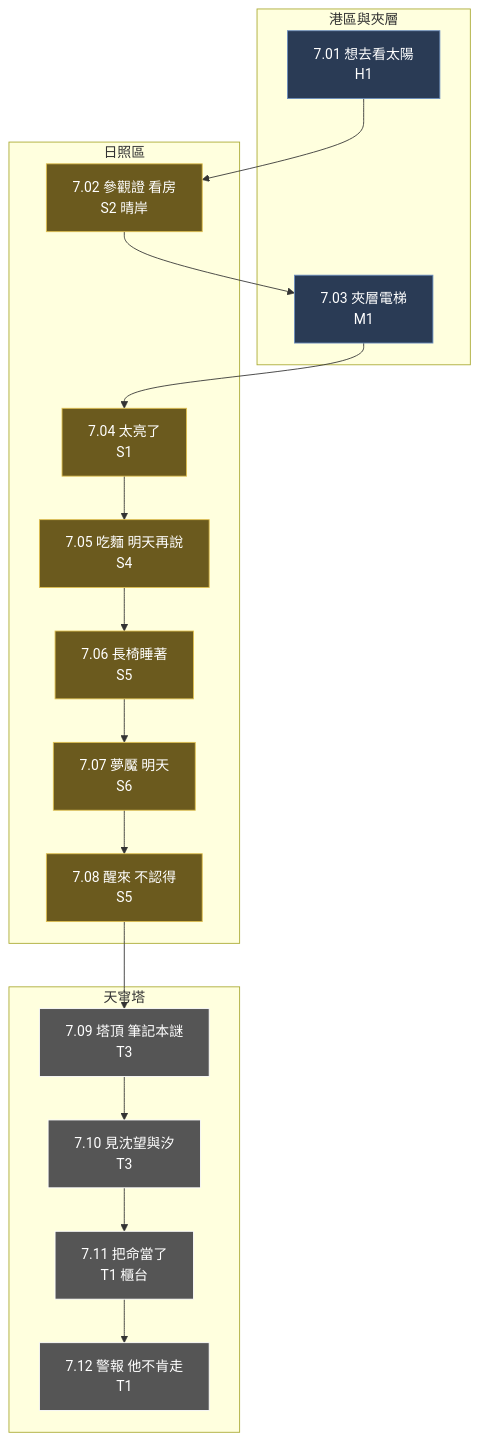
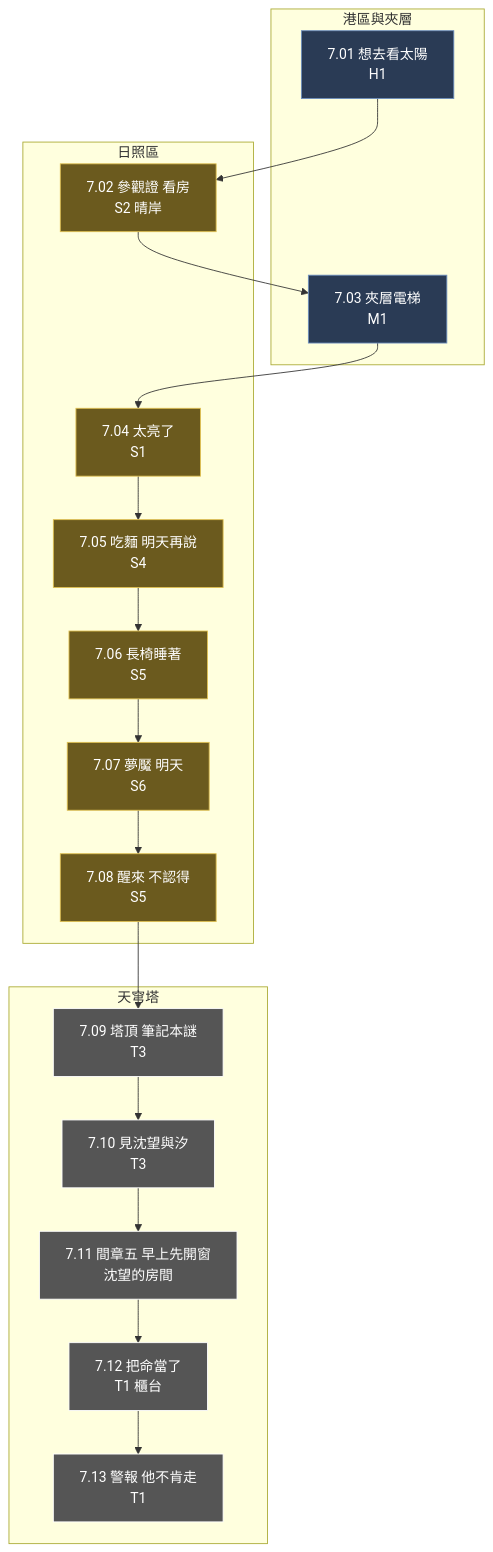
Before and after one commit to deadline314/Nest-Egg: the eighth of 10 diagrams in design/13-story-v2/EVENTS.md, drawn with Mermaid. The commit also changed other lines of this file and 11 other files, not shown here.

````diff
--- a/design/13-story-v2/EVENTS.md
+++ b/design/13-story-v2/EVENTS.md
@@ -317,29 +318,30 @@
 ```mermaid
 flowchart TB
   subgraph H["港區與夾層"]
     E701["7.01 想去看太陽<br/>H1"]
     E703["7.03 夾層電梯<br/>M1"]
   end
   subgraph S["日照區"]
     E702["7.02 參觀證 看房<br/>S2 晴岸"]
     E704["7.04 太亮了<br/>S1"]
     E705["7.05 吃麵 明天再說<br/>S4"]
     E706["7.06 長椅睡著<br/>S5"]
     E707["7.07 夢魘 明天<br/>S6"]
     E708["7.08 醒來 不認得<br/>S5"]
   end
   subgraph T["天穹塔"]
     E709["7.09 塔頂 筆記本謎<br/>T3"]
     E710["7.10 見沈望與汐<br/>T3"]
-    E711["7.11 把命當了<br/>T1 櫃台"]
-    E712["7.12 警報 他不肯走<br/>T1"]
+    E711["7.11 間章五 早上先開窗<br/>沈望的房間"]
+    E712["7.12 把命當了<br/>T1 櫃台"]
+    E713["7.13 警報 他不肯走<br/>T1"]
   end
-  E701 --> E702 --> E703 --> E704 --> E705 --> E706 --> E707 --> E708 --> E709 --> E710 --> E711 --> E712
+  E701 --> E702 --> E703 --> E704 --> E705 --> E706 --> E707 --> E708 --> E709 --> E710 --> E711 --> E712 --> E713
   class E701,E703 h
   class E702,E704,E705,E706,E707,E708 s
-  class E709,E710,E711,E712 t
+  class E709,E710,E711,E712,E713 t
   classDef h fill:#2a3b55,stroke:#6c8ebf,color:#fff
   classDef m fill:#3a3a3a,stroke:#9a9a9a,color:#fff
   classDef s fill:#6b5a1e,stroke:#e0c050,color:#fff
   classDef t fill:#555,stroke:#fff,color:#fff
 ```
````
